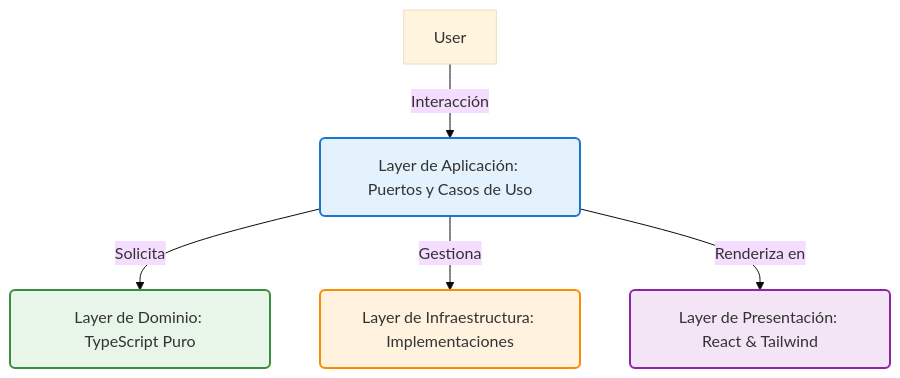
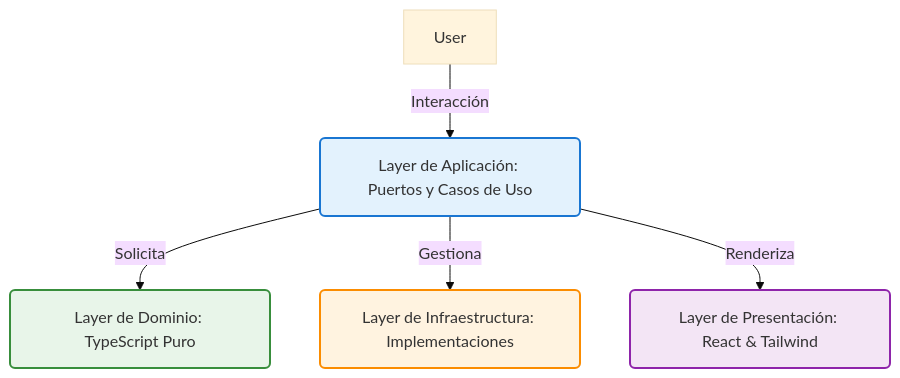
One commit to gabrielarinconn/PopCornCinemateca changed the second of 2 diagrams in README.md. Above: the diagram before and after it, drawn with Mermaid (base theme). The commit also changed other lines of this file, not shown here.

````diff
--- a/README.md
+++ b/README.md
@@ -31,28 +47,21 @@
 ```mermaid
-flowchart TB
-    %% === ARQUITECTURA DE LA APLICACIÓN ===
-    classDef domain fill:#e8f5e9,stroke:#388e3c,stroke-width:2px,rx:5px,ry:5px
-    classDef application fill:#e3f2fd,stroke:#1976d2,stroke-width:2px,rx:5px,ry:5px
-    classDef infrastructure fill:#fff3e0,stroke:#fb8c00,stroke-width:2px,rx:5px,ry:5px
-    classDef presentation fill:#f3e5f5,stroke:#8e24aa,stroke-width:2px,rx:5px,ry:5px
+graph TB
+    %% Arquitectura Limpia
+    classDef domain fill:#e8f5e9,stroke:#388e3c,stroke-width:2px,rx:5px,ry:5px;
+    classDef application fill:#e3f2fd,stroke:#1976d2,stroke-width:2px,rx:5px,ry:5px;
+    classDef infrastructure fill:#fff3e0,stroke:#fb8c00,stroke-width:2px,rx:5px,ry:5px;
+    classDef presentation fill:#f3e5f5,stroke:#8e24aa,stroke-width:2px,rx:5px,ry:5px;
 
-    %% Capa de Dominio
     DL[Layer de Dominio: TypeScript Puro]:::domain
-
-    %% Capa de Aplicación
     AL[Layer de Aplicación: Puertos y Casos de Uso]:::application
-
-    %% Capa de Infraestructura
     IL[Layer de Infraestructura: Implementaciones]:::infrastructure
-
-    %% Capa de Presentación
     PL[Layer de Presentación: React & Tailwind]:::presentation
 
     %% Flujo de interacciones
     User -->|Interacción| AL
     AL -->|Solicita| DL
     AL -->|Gestiona| IL
-    AL -->|Renderiza en| PL
+    AL -->|Renderiza| PL
 
-    classDef user fill:#e1f5fe,stroke:#039be5,stroke-width:2px,rx:5px,ry:5px;
+    classDef user fill:#e0f7fa,stroke:#00838f,stroke-width:2px,rx:5px,ry:5px;
 ```
````
